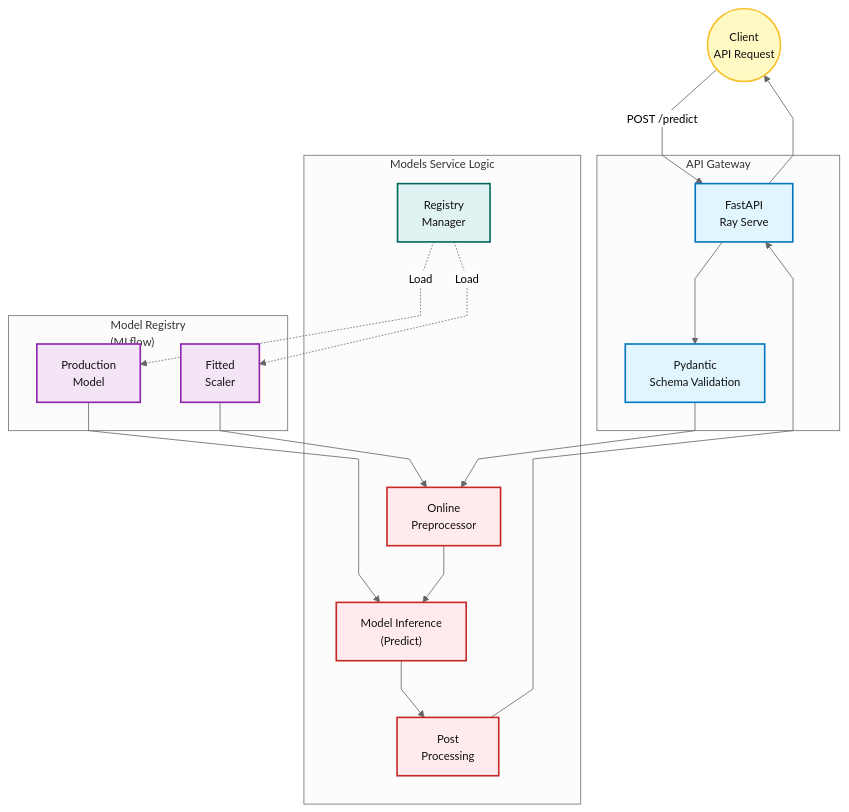
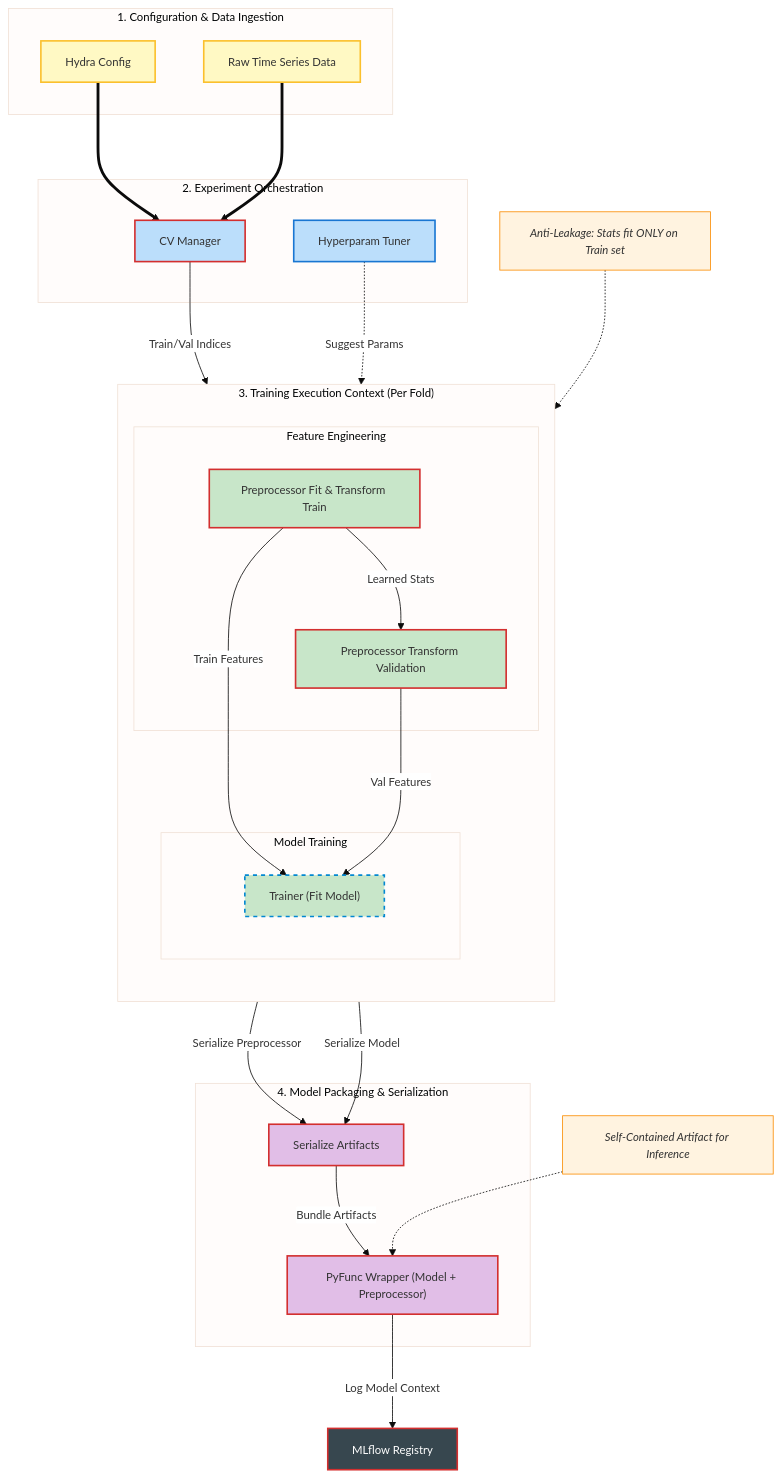
Before and after one commit to bambootran89/ml_pipeline_template: the second of 2 diagrams in README.md, drawn with Mermaid. The commit also changed other lines of this file, not shown here.

````diff
--- a/README.md
+++ b/README.md
@@ -119,58 +98,71 @@
 ```mermaid
 %%{init: {
-  "theme": "neutral",
-  "flowchart": {
-    "curve": "linear",
-    "nodeSpacing": 50,
-    "rankSpacing": 70
-  },
-  "themeVariables": {
-    "fontSize": "14px",
-    "fontFamily": "Inter, Arial, sans-serif",
-    "primaryTextColor": "#111"
-  }
+  "theme": "base",
+  "flowchart": {"nodeSpacing":60,"rankSpacing":80,"curve":"basis"},
+  "themeVariables": {"primaryColor":"#e3f2fd","edgeLabelBackground":"#fff","fontFamily":"Inter, Arial, sans-serif","fontSize":"14px"}
 }}%%
+
 flowchart TD
-    %% Global Styles
-    classDef client fill:#fff9c4,stroke:#fbc02d,stroke-width:2px,color:#111;
-    classDef gateway fill:#e1f5fe,stroke:#0277bd,stroke-width:2px,color:#111;
-    classDef service fill:#e0f2f1,stroke:#00695c,stroke-width:2px,color:#111;
-    classDef registry fill:#f3e5f5,stroke:#8e24aa,stroke-width:2px,color:#111;
-    classDef logic fill:#ffebee,stroke:#c62828,stroke-width:2px,color:#111;
+    %% --- Styles ---
+    classDef input fill:#fff9c4,stroke:#fbc02d,stroke-width:2px;
+    classDef orchestrator fill:#bbdefb,stroke:#1976d2,stroke-width:2px;
+    classDef compute fill:#c8e6c9,stroke:#2e7d32,stroke-width:2px;
+    classDef package fill:#e1bee7,stroke:#6a1b9a,stroke-width:2px;
+    classDef storage fill:#37474f,stroke:#263238,stroke-width:2px,color:#fff;
+    classDef hotpath stroke:#d32f2f,stroke-width:2px;
+    classDef parampath stroke:#0288d1,stroke-width:2px,stroke-dasharray:5 5;
+    classDef note fill:#fff3e0,stroke:#fb8c00,stroke-width:1px,font-style:italic;
 
-    %% Nodes
-    User(("Client<br/>API Request")):::client
-    
-    subgraph Gateway ["API Gateway"]
-        FastAPI["FastAPI<br/>Ray Serve"]:::gateway
-        Validator["Pydantic<br/>Schema Validation"]:::gateway
+    %% --- Input Layer ---
+    subgraph InputLayer ["1. Configuration & Data Ingestion"]
+        Config["Hydra Config"]:::input
+        Dataset["Raw Time Series Data"]:::input
     end
 
-    subgraph ServiceLayer ["Models Service Logic"]
-        Loader["Registry<br/>Manager"]:::service
-        OnlinePrep["Online<br/>Preprocessor"]:::logic
-        Inference["Model Inference<br/>(Predict)"]:::logic
-        PostProcess["Post<br/>Processing"]:::logic
+    %% --- Orchestration Layer ---
+    subgraph Orchestrator ["2. Experiment Orchestration"]
+        CVManager["CV Manager"]:::orchestrator
+        Optuna["Hyperparam Tuner"]:::orchestrator
     end
 
-    subgraph ModelRegistry ["Model Registry<br/>(MLflow)"]
-        LoadedModel["Production<br/>Model"]:::registry
-        LoadedScaler["Fitted<br/>Scaler"]:::registry
+    %% --- Compute Layer ---
+    subgraph ComputeLayer ["3. Training Execution Context (Per Fold)"]
+        direction TB
+        subgraph DataOps ["Feature Engineering"]
+            TransFit["Preprocessor Fit & Transform Train"]:::compute
+            TransApply["Preprocessor Transform Validation"]:::compute
+        end
+        subgraph ModelOps ["Model Training"]
+            Trainer["Trainer (Fit Model)"]:::compute
+        end
     end
 
-    %% Flow
-    User -- "POST /predict" --> FastAPI
-    FastAPI --> Validator
-    
-    Validator --> OnlinePrep
-    Loader -.->|"Load"| LoadedModel
-    Loader -.->|"Load"| LoadedScaler
-    
-    LoadedScaler --> OnlinePrep
-    OnlinePrep --> Inference
-    LoadedModel --> Inference
-    
-    Inference --> PostProcess
-    PostProcess --> FastAPI
-    FastAPI --> User
+    %% --- Packaging Layer ---
+    subgraph Packaging ["4. Model Packaging & Serialization"]
+        Serializer["Serialize Artifacts"]:::package
+        Wrapper["PyFunc Wrapper (Model + Preprocessor)"]:::package
+    end
+
+    %% --- Storage Layer ---
+    MLflow["MLflow Registry"]:::storage
+
+    %% --- Hot Path Connections (Solid Red) ---
+    Config & Dataset ==> CVManager:::hotpath
+    CVManager -- "Train/Val Indices" --> TransFit:::hotpath
+    TransFit -- "Learned Stats" --> TransApply:::hotpath
+    TransFit -- "Train Features" --> Trainer:::hotpath
+    TransApply -- "Val Features" --> Trainer:::hotpath
+
+    %% Packaging Flow (Hot Path)
+    TransFit -- "Serialize Preprocessor" --> Serializer:::hotpath
+    Trainer -- "Serialize Model" --> Serializer:::hotpath
+    Serializer -- "Bundle Artifacts" --> Wrapper:::hotpath
+    Wrapper -- "Log Model Context" --> MLflow:::hotpath
+
+    %% Parameter / Suggestion Flow (Dashed Blue)
+    Optuna -.-> |"Suggest Params"| Trainer:::parampath
+
+    %% --- Annotations ---
+    Note1["Anti-Leakage: Stats fit ONLY on Train set"]:::note -.-> TransFit
+    Note2["Self-Contained Artifact for Inference"]:::note -.-> Wrapper
 ```
````
